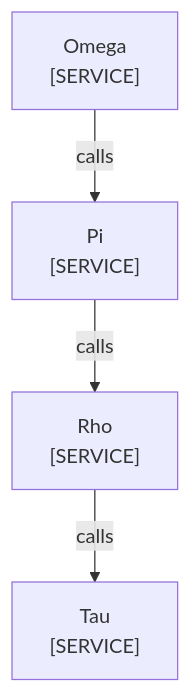
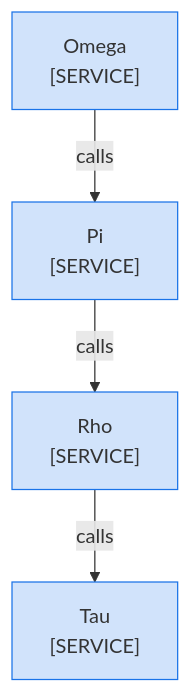
Before and after one commit to choonchernlim/skills: the diagram in skills/docsmith/scripts/fixtures/bad/node-a.md, drawn with Mermaid. The commit also changed other lines of this file and 47 other files, not shown here.

First line of the commit message:
feat(docsmith): require owner colors, sequence owner bands, and docs domain folders

````diff
--- a/skills/docsmith/scripts/fixtures/bad/node-a.md
+++ b/skills/docsmith/scripts/fixtures/bad/node-a.md
@@ -12,10 +12,13 @@
 ```mermaid
 graph TD
   Omega["Omega<br/>[SERVICE]"]
   Pi["Pi<br/>[SERVICE]"]
   Rho["Rho<br/>[SERVICE]"]
   Tau["Tau<br/>[SERVICE]"]
   Omega -->|"calls"| Pi
   Pi -->|"calls"| Rho
   Rho -->|"calls"| Tau
+
+  class Omega,Pi,Rho,Tau own
+  classDef own fill:#1a73e833,stroke:#1a73e8
 ```
````
